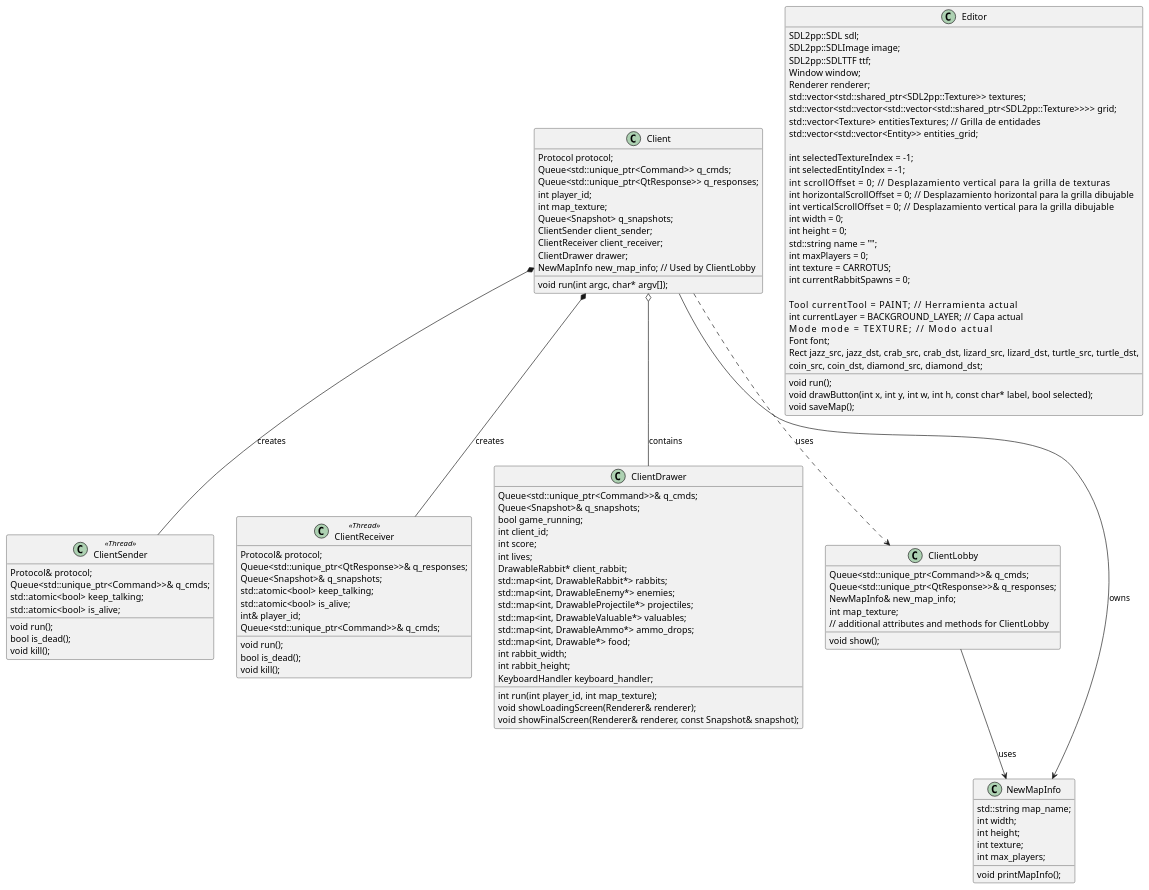
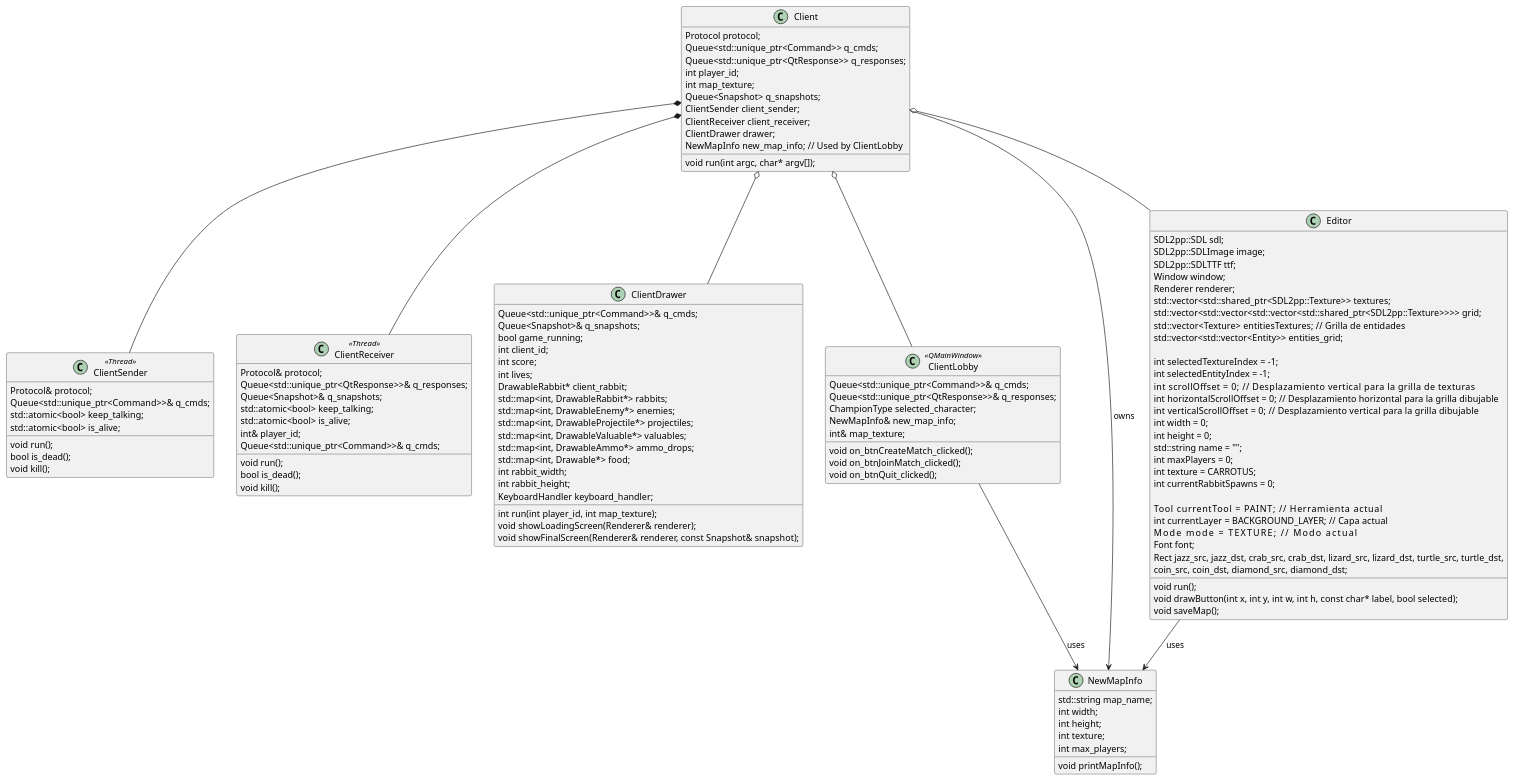
Before and after one commit to Taller-de-Programacion-1-1C2024-GRUPO1/TP-Jazz-Jackrabbit-2: the diagram in documentation/UMLS/client.puml, drawn with PlantUML. The commit also changed other lines of this file and 11 other files, not shown here.

```diff
--- a/documentation/UMLS/client.puml
+++ b/documentation/UMLS/client.puml
@@ -3,131 +3,136 @@
 @startuml
 class Client {
     Protocol protocol;
     Queue<std::unique_ptr<Command>> q_cmds;
     Queue<std::unique_ptr<QtResponse>> q_responses;
     int player_id;
     int map_texture;
     Queue<Snapshot> q_snapshots;
     ClientSender client_sender;
     ClientReceiver client_receiver;
     ClientDrawer drawer;
     NewMapInfo new_map_info; // Used by ClientLobby
 
     void run(int argc, char* argv[]);
 }
 
 class ClientSender <<Thread>> {
     Protocol& protocol;
     Queue<std::unique_ptr<Command>>& q_cmds;
     std::atomic<bool> keep_talking;
     std::atomic<bool> is_alive;
 
     void run();
     bool is_dead();
     void kill();
 }
 
 class ClientReceiver<<Thread>> {
     Protocol& protocol;
     Queue<std::unique_ptr<QtResponse>>& q_responses;
     Queue<Snapshot>& q_snapshots;
     std::atomic<bool> keep_talking;
     std::atomic<bool> is_alive;
     int& player_id;
     Queue<std::unique_ptr<Command>>& q_cmds;
 
     void run();
     bool is_dead();
     void kill();
 }
 
 class ClientDrawer {
     Queue<std::unique_ptr<Command>>& q_cmds;
     Queue<Snapshot>& q_snapshots;
     bool game_running;
     int client_id;
     int score;
     int lives;
     DrawableRabbit* client_rabbit;
     std::map<int, DrawableRabbit*> rabbits;
     std::map<int, DrawableEnemy*> enemies;
     std::map<int, DrawableProjectile*> projectiles;
     std::map<int, DrawableValuable*> valuables;
     std::map<int, DrawableAmmo*> ammo_drops;
     std::map<int, Drawable*> food;
     int rabbit_width;
     int rabbit_height;
     KeyboardHandler keyboard_handler;
 
     int run(int player_id, int map_texture);
     void showLoadingScreen(Renderer& renderer);
     void showFinalScreen(Renderer& renderer, const Snapshot& snapshot);
 }
 
-class ClientLobby {
+class ClientLobby <<QMainWindow>> {
     Queue<std::unique_ptr<Command>>& q_cmds;
     Queue<std::unique_ptr<QtResponse>>& q_responses;
+    ChampionType selected_character;
     NewMapInfo& new_map_info;
-    int map_texture;
-    void show();
-    // additional attributes and methods for ClientLobby
+    int& map_texture;
+
+    void on_btnCreateMatch_clicked();
+    void on_btnJoinMatch_clicked();
+    void on_btnQuit_clicked();
 }
 
 class NewMapInfo {
     std::string map_name;
     int width;
     int height;
     int texture;
     int max_players;
     
     void printMapInfo();
 }
 
 
 class Editor {
     SDL2pp::SDL sdl;
     SDL2pp::SDLImage image;
     SDL2pp::SDLTTF ttf;
     Window window;
     Renderer renderer;
     std::vector<std::shared_ptr<SDL2pp::Texture>> textures;
     std::vector<std::vector<std::vector<std::shared_ptr<SDL2pp::Texture>>>> grid;
     std::vector<Texture> entitiesTextures;  // Grilla de entidades
     std::vector<std::vector<Entity>> entities_grid;
 
     int selectedTextureIndex = -1;
     int selectedEntityIndex = -1;
     int scrollOffset = 0;            // Desplazamiento vertical para la grilla de texturas
     int horizontalScrollOffset = 0;  // Desplazamiento horizontal para la grilla dibujable
     int verticalScrollOffset = 0;    // Desplazamiento vertical para la grilla dibujable
     int width = 0;
     int height = 0;
     std::string name = "";
     int maxPlayers = 0;
     int texture = CARROTUS;
     int currentRabbitSpawns = 0;
 
     Tool currentTool = PAINT;             // Herramienta actual
     int currentLayer = BACKGROUND_LAYER;  // Capa actual
     Mode mode = TEXTURE;                  // Modo actual
     Font font;
     Rect jazz_src, jazz_dst, crab_src, crab_dst, lizard_src, lizard_dst, turtle_src, turtle_dst,
             coin_src, coin_dst, diamond_src, diamond_dst;
 
 
 
 
     void run();
     void drawButton(int x, int y, int w, int h, const char* label, bool selected);
     void saveMap();
 }
 
 
-Client *-- ClientSender : creates
-Client *-- ClientReceiver : creates
+Client *-- ClientSender 
+Client *-- ClientReceiver
 
-Client o-- ClientDrawer : contains
-Client ..> ClientLobby : uses
+Client o-- ClientDrawer 
+Client o-- ClientLobby 
 Client --> NewMapInfo : owns
 ClientLobby --> NewMapInfo : uses
+Editor --> NewMapInfo : uses
+Client o-- Editor
 @enduml
```
